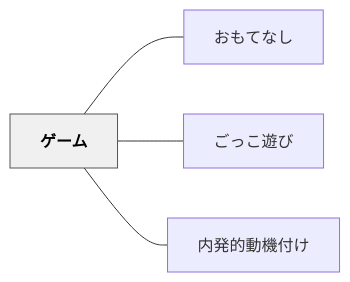
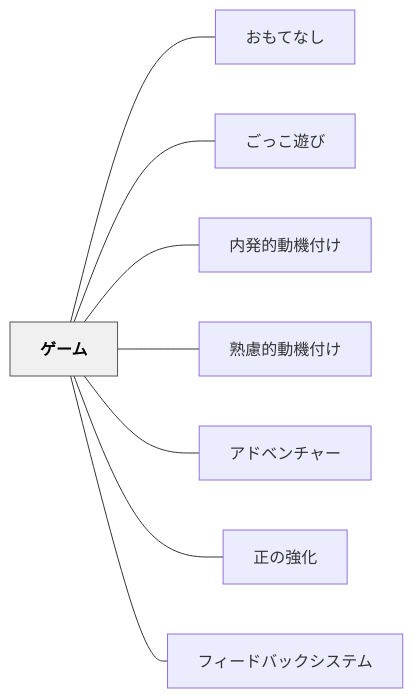
Before and after one commit to unknownthings-ed-patterns/unknownthings-ed-patterns: the diagram in content/パタン/ゲーム.md, drawn with Mermaid. The commit also changed other lines of this file and 100 other files, not shown here.

````diff
--- a/content/パタン/ゲーム.md
+++ b/content/パタン/ゲーム.md
@@ -66,14 +66,22 @@
 ```mermaid
 flowchart LR
     ne382b2e383bce383a0["ゲーム"]
     ne3818ae38282e381a6e381aae38197["おもてなし"]
     ne38194e381a3e38193e9818ae381b3["ごっこ遊び"]
     ne58685e799bae79a84e58b95e6a99fe4bb98e38191["内発的動機付け"]
+    ne7869fe685aee79a84e58b95e6a99fe4bb98e38191["熟慮的動機付け"]
+    ne382a2e38389e38399e383b3e38381e383a3e383bc["アドベンチャー"]
+    ne6ada3e381aee5bcb7e58c96["正の強化"]
+    ne38395e382a3e383bce38389e38390e38383e382afe382b7e382b9e38386e383a0["フィードバックシステム"]
 
     ne382b2e383bce383a0 --- ne3818ae38282e381a6e381aae38197
     ne382b2e383bce383a0 --- ne38194e381a3e38193e9818ae381b3
     ne382b2e383bce383a0 --- ne58685e799bae79a84e58b95e6a99fe4bb98e38191
+    ne382b2e383bce383a0 --- ne7869fe685aee79a84e58b95e6a99fe4bb98e38191
+    ne382b2e383bce383a0 --- ne382a2e38389e38399e383b3e38381e383a3e383bc
+    ne382b2e383bce383a0 --- ne6ada3e381aee5bcb7e58c96
+    ne382b2e383bce383a0 --- ne38395e382a3e383bce38389e38390e38383e382afe382b7e382b9e38386e383a0
 
     classDef hub fill:#f0f0f0,stroke:#555,color:#000,font-weight:bold
     class ne382b2e383bce383a0 hub
 ```
````
